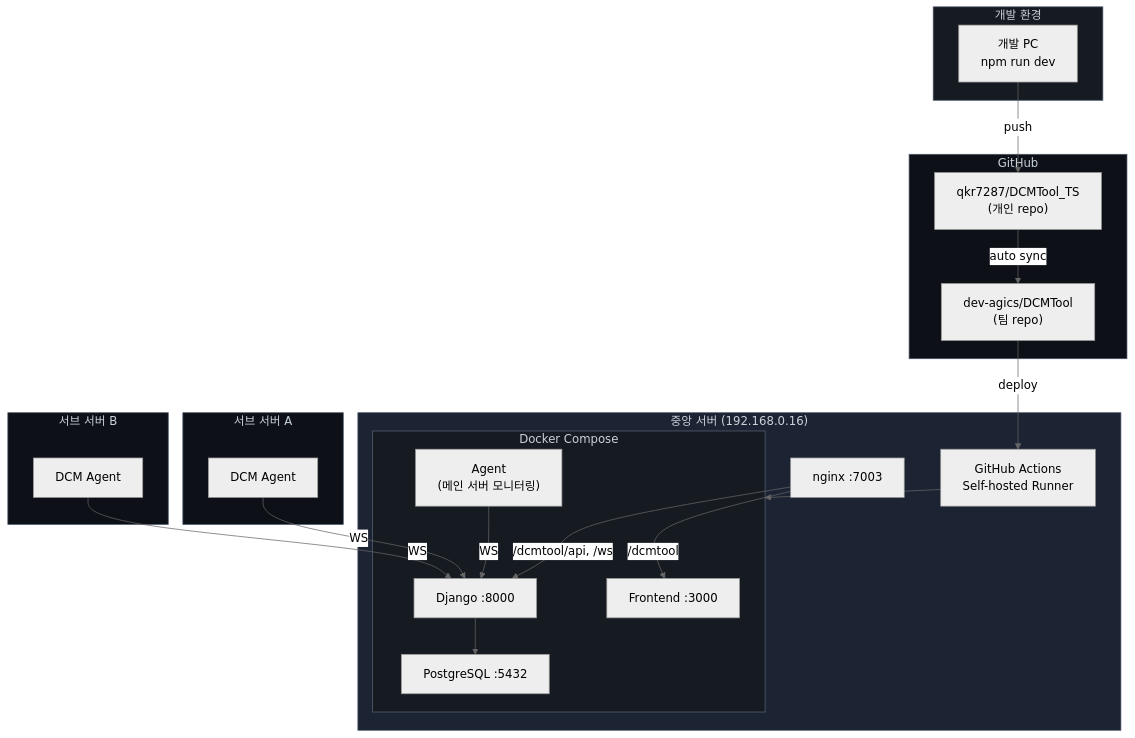
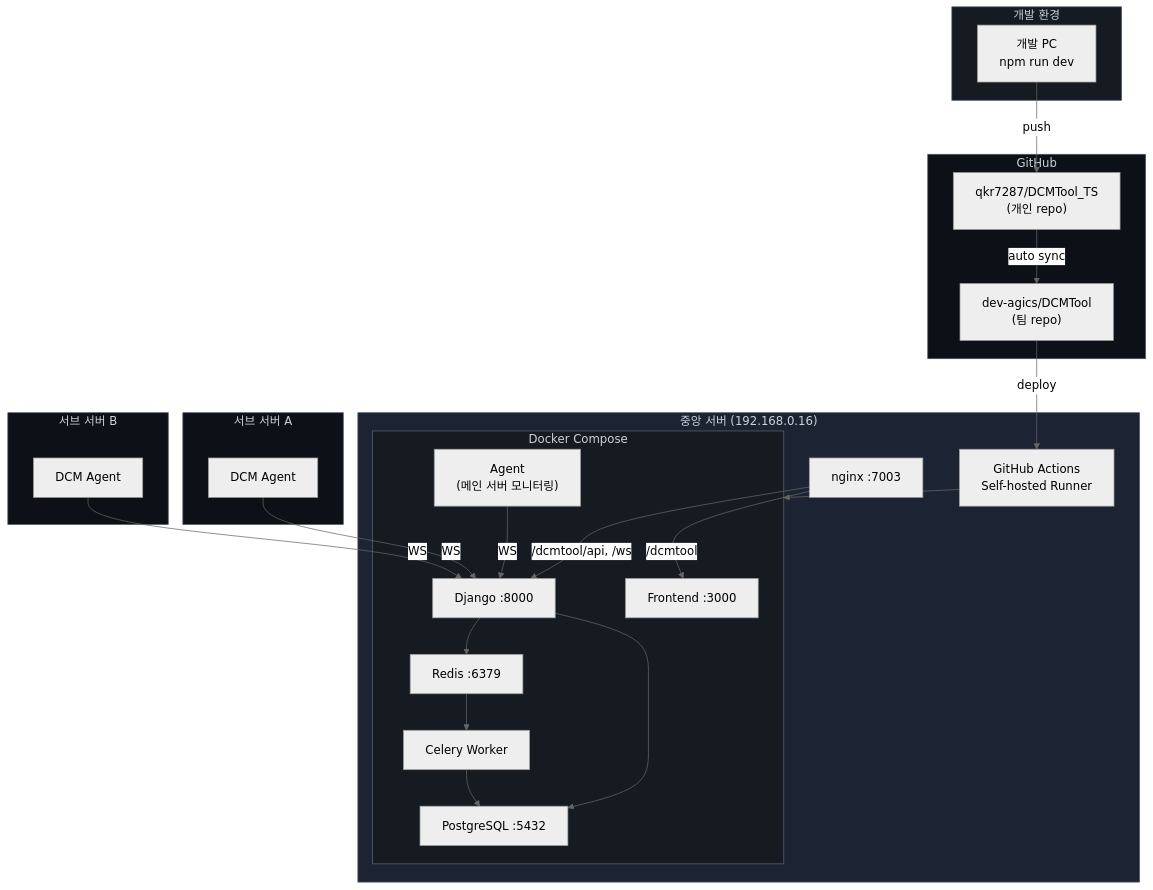
Before and after one commit to qkr7287/HyperCube: the tenth of 11 diagrams in docs/to-be-architecture.md, drawn with Mermaid (neutral theme). The commit also changed other lines of this file, not shown here.

First line of the commit message:
docs: add Redis + Celery Worker to architecture

````diff
--- a/docs/to-be-architecture.md
+++ b/docs/to-be-architecture.md
@@ -579,48 +621,53 @@
 ```mermaid
 graph TB
     subgraph Dev["개발 환경"]
         DevPC["개발 PC<br/>npm run dev"]
     end
 
     subgraph GitHub["GitHub"]
         TS["qkr7287/DCMTool_TS<br/>(개인 repo)"]
         Team["dev-agics/DCMTool<br/>(팀 repo)"]
         TS -->|auto sync| Team
     end
 
     subgraph Central["중앙 서버 (192.168.0.16)"]
         Nginx["nginx :7003"]
         subgraph DockerCompose["Docker Compose"]
             FE["Frontend :3000"]
             BE["Django :8000"]
+            CW["Celery Worker"]
+            RD["Redis :6379"]
             PG["PostgreSQL :5432"]
             AgentM["Agent<br/>(메인 서버 모니터링)"]
         end
         Runner["GitHub Actions<br/>Self-hosted Runner"]
         Nginx -->|"/dcmtool"| FE
         Nginx -->|"/dcmtool/api, /ws"| BE
         BE --> PG
+        BE --> RD
+        RD --> CW
+        CW --> PG
         AgentM -->|WS| BE
     end
 
     subgraph Remote1["서브 서버 A"]
         AgentA["DCM Agent"]
     end
 
     subgraph Remote2["서브 서버 B"]
         AgentB["DCM Agent"]
     end
 
     DevPC -->|push| TS
     Team -->|deploy| Runner
     Runner --> DockerCompose
     AgentA -->|WS| BE
     AgentB -->|WS| BE
 
     style Dev fill:#161b22,stroke:#4a5568,color:#c9d1d9
     style GitHub fill:#0d1117,stroke:#4a5568,color:#c9d1d9
     style Central fill:#1c2333,stroke:#4a5568,color:#c9d1d9
     style DockerCompose fill:#161b22,stroke:#586474,color:#c9d1d9
     style Remote1 fill:#0d1117,stroke:#4a5568,color:#c9d1d9
     style Remote2 fill:#0d1117,stroke:#4a5568,color:#c9d1d9
 ```
````
